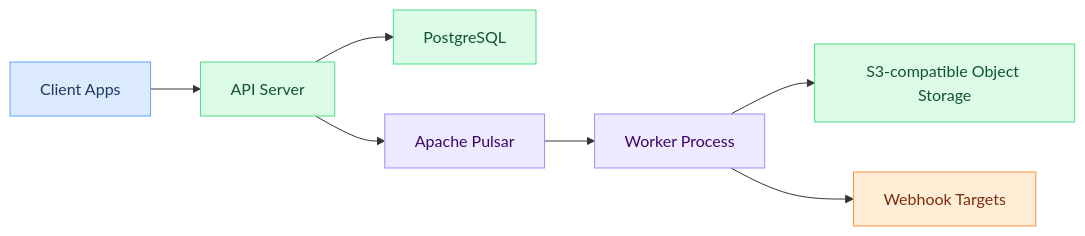
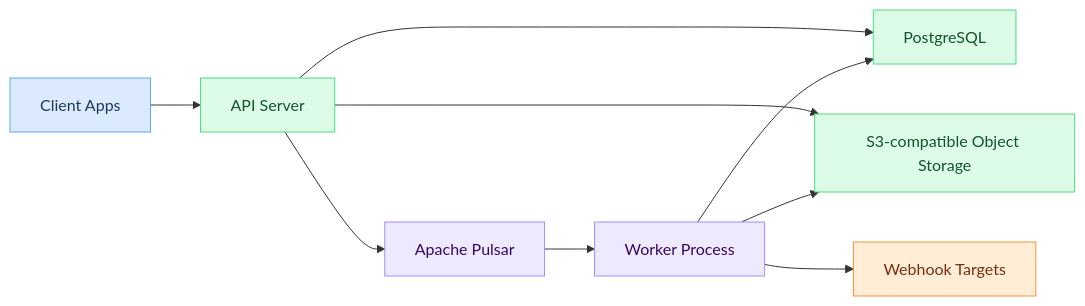
One commit to hook0/hook0 changed the second of 3 diagrams in documentation/explanation/hook0-architecture.md. Above: the diagram before and after it, drawn with Mermaid. The commit also changed other lines of this file and 1 other file, not shown here.

Commit message:
fix: correct architecture diagram arrows and how-it-works card layout
- Architecture diagram: added API→S3 and Worker→PostgreSQL connections
  to match actual code (event payload storage + metadata queries)
- How-it-works: moved step number circles outside card overflow:hidden
  container so they render fully instead of being clipped

````diff
--- a/documentation/explanation/hook0-architecture.md
+++ b/documentation/explanation/hook0-architecture.md
@@ -36,18 +36,20 @@
 ```mermaid
 flowchart LR
     CA[Client Apps]:::external --> API[API Server]:::hook0
     API --> PG[PostgreSQL]:::hook0
+    API --> S3[S3-compatible Object Storage]:::hook0
     API --> PL[Apache Pulsar]:::processing
     PL --> WK[Worker Process]:::processing
-    WK --> S3[S3-compatible Object Storage]:::hook0
     WK --> WT[Webhook Targets]:::customer
+    WK --> S3
+    WK --> PG
 
     classDef external fill:#dbeafe,stroke:#60a5fa,color:#1e3a5f
     classDef hook0 fill:#dcfce7,stroke:#4ade80,color:#14532d
     classDef customer fill:#ffedd5,stroke:#fb923c,color:#7c2d12
     classDef processing fill:#ede9fe,stroke:#a78bfa,color:#3b0764
 
     click API "/openapi/intro" "API Reference"
     click PG "/reference/configuration" "Configuration"
     click WK "/explanation/event-processing" "Event Processing"
 ```
````
